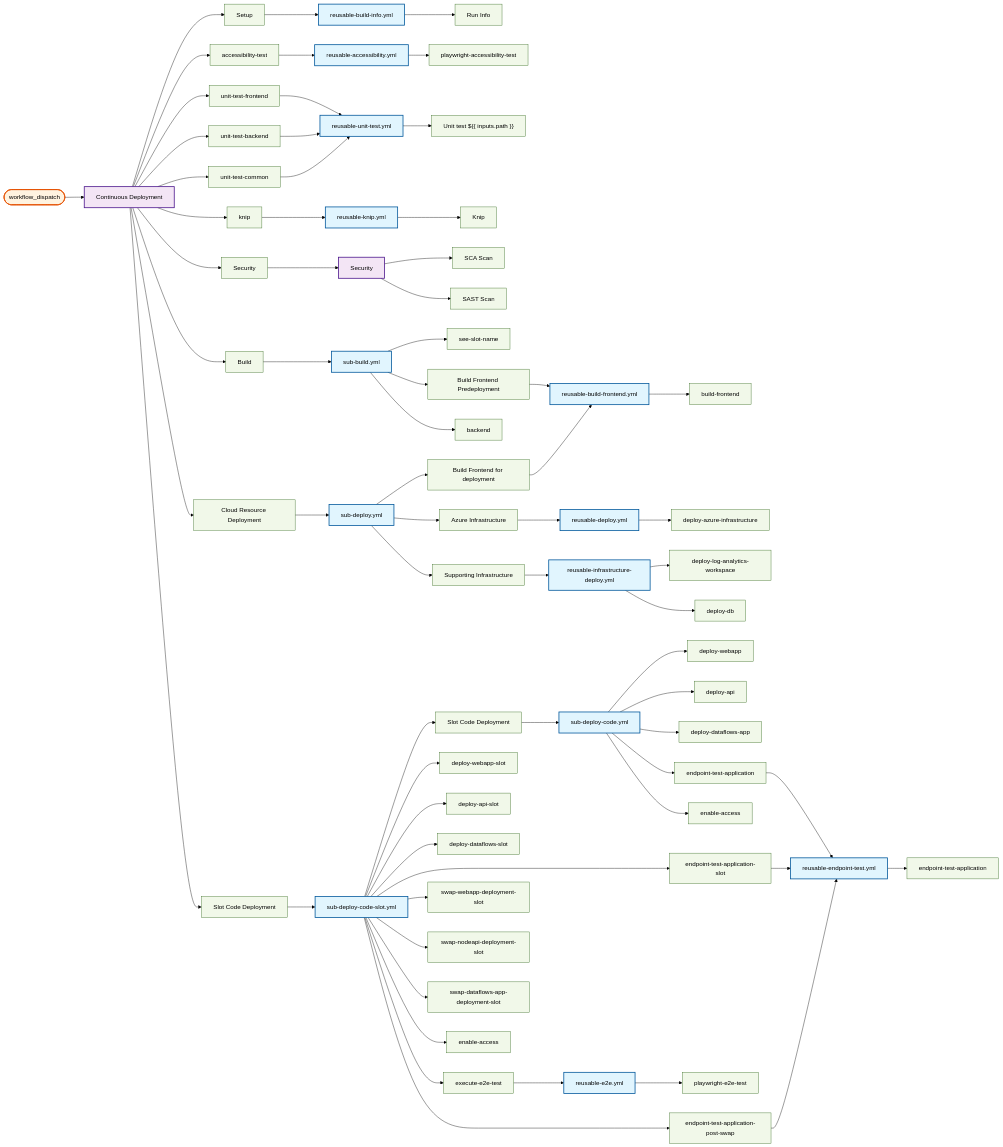
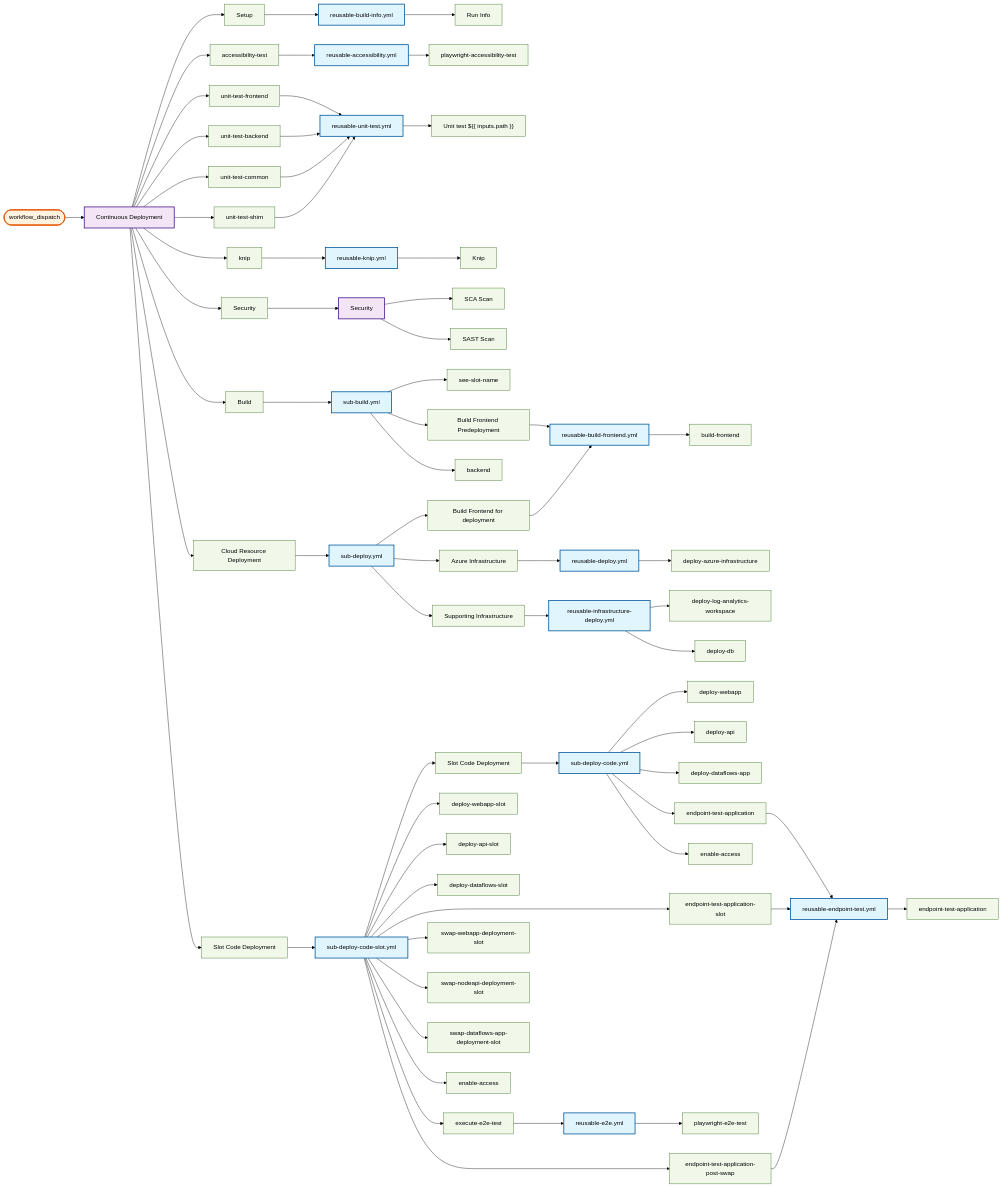
Before and after one commit to US-Trustee-Program/Bankruptcy-Oversight-Support-Systems: diagram 14 of 22 in docs/operations/workflow-diagram.md, drawn with Mermaid (forest theme). The commit also changed other lines of this file and 20 other files, not shown here.

```diff
--- a/docs/operations/workflow-diagram.md
+++ b/docs/operations/workflow-diagram.md
@@ -803,6 +813,7 @@
     reusable_unit_test_yml_unit_test["Unit test ${{ inputs.path }}"]
     continuous_deployment_yml_unit_test_backend["unit-test-backend"]
     continuous_deployment_yml_unit_test_common["unit-test-common"]
+    continuous_deployment_yml_unit_test_shim["unit-test-shim"]
     continuous_deployment_yml_knip["knip"]
     reusable_knip_yml["reusable-knip.yml"]
     reusable_knip_yml_knip["Knip"]
@@ -865,6 +876,8 @@
     continuous_deployment_yml_unit_test_backend --> reusable_unit_test_yml
     continuous_deployment_yml --> continuous_deployment_yml_unit_test_common
     continuous_deployment_yml_unit_test_common --> reusable_unit_test_yml
+    continuous_deployment_yml --> continuous_deployment_yml_unit_test_shim
+    continuous_deployment_yml_unit_test_shim --> reusable_unit_test_yml
     continuous_deployment_yml --> continuous_deployment_yml_knip
     reusable_knip_yml --> reusable_knip_yml_knip
     continuous_deployment_yml_knip --> reusable_knip_yml
@@ -934,6 +947,7 @@
     class reusable_unit_test_yml_unit_test job
     class continuous_deployment_yml_unit_test_backend job
     class continuous_deployment_yml_unit_test_common job
+    class continuous_deployment_yml_unit_test_shim job
     class continuous_deployment_yml_knip job
     class reusable_knip_yml reusable
     class reusable_knip_yml_knip job
```
